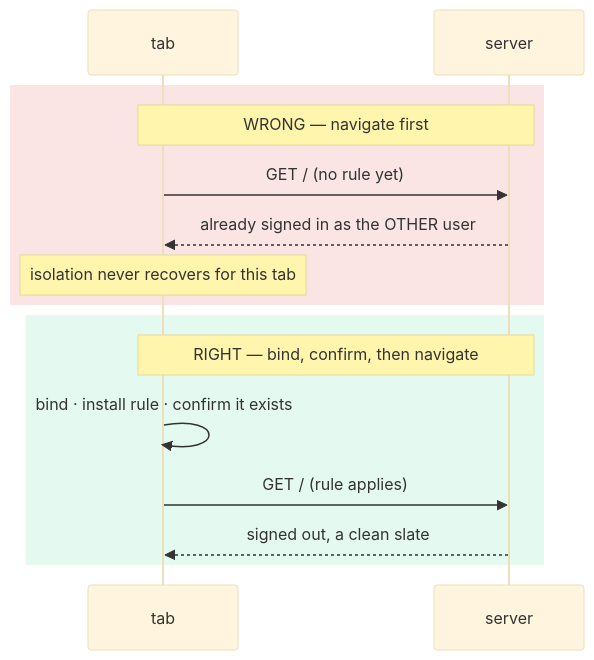
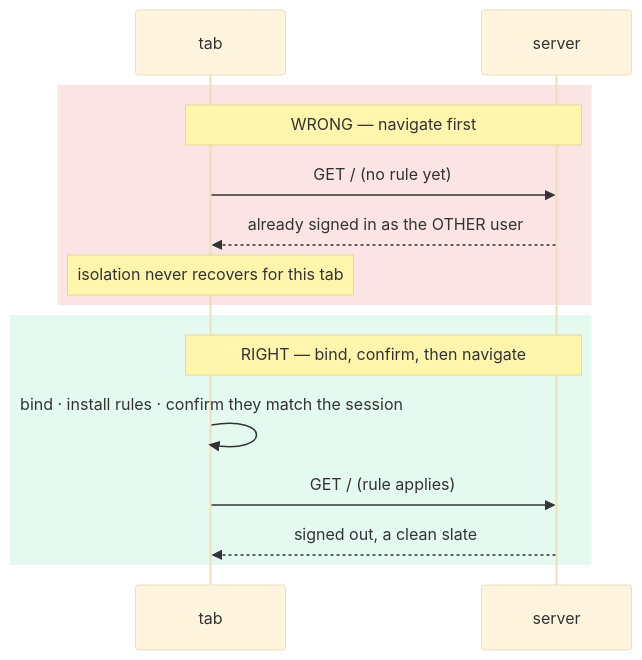
One commit to khanakia/tabsona changed the eighth of 8 diagrams in docs/how-it-works.md. Above: the diagram before and after it, drawn with Mermaid (base theme). The commit also changed other lines of this file and 122 other files, not shown here.

````diff
--- a/docs/how-it-works.md
+++ b/docs/how-it-works.md
@@ -250,19 +254,19 @@
 ```mermaid
 sequenceDiagram
   participant T as tab
   participant S as server
 
   rect rgba(217,74,74,.15)
   note over T,S: WRONG — navigate first
   T->>S: GET / (no rule yet)
   S-->>T: already signed in as the OTHER user
   note over T: isolation never recovers for this tab
   end
 
   rect rgba(74,217,154,.15)
   note over T,S: RIGHT — bind, confirm, then navigate
-  T->>T: bind · install rule · confirm it exists
+  T->>T: bind · install rules · confirm they match the session
   T->>S: GET / (rule applies)
   S-->>T: signed out, a clean slate
   end
 ```
````
